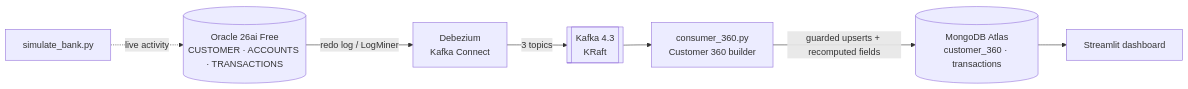
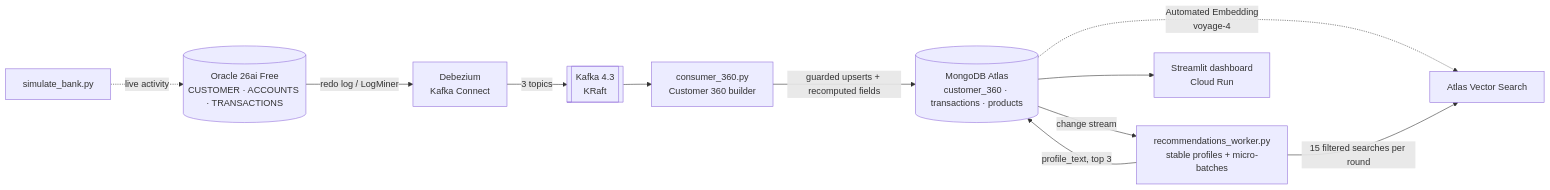
One commit to riya1408/lumen-bank-cdc changed the diagram in README.md. Above: the diagram before and after it, drawn with Mermaid. The commit also changed other lines of this file and 4 other files, not shown here.

Commit message:
Live product recommendations: change-stream worker, micro-batched scoring, dashboard panel, final README

````diff
--- a/README.md
+++ b/README.md
@@ -27,9 +27,13 @@
 ```mermaid
 flowchart LR
     A[(Oracle 26ai Free<br/>CUSTOMER · ACCOUNTS · TRANSACTIONS)] -- redo log / LogMiner --> B[Debezium<br/>Kafka Connect]
     B -- 3 topics --> C[[Kafka 4.3<br/>KRaft]]
     C --> D[consumer_360.py<br/>Customer 360 builder]
-    D -- guarded upserts + recomputed fields --> E[(MongoDB Atlas<br/>customer_360 · transactions)]
-    E --> F[Streamlit dashboard]
+    D -- guarded upserts + recomputed fields --> E[(MongoDB Atlas<br/>customer_360 · transactions · products)]
+    E -- change stream --> W[recommendations_worker.py<br/>stable profiles + micro-batches]
+    W -- profile_text, top 3 --> E
+    E -. Automated Embedding<br/>voyage-4 .-> V[Atlas Vector Search]
+    W -- 15 filtered searches per round --> V
+    E --> F[Streamlit dashboard<br/>Cloud Run]
     G[simulate_bank.py] -. live activity .-> A
 ```
````
